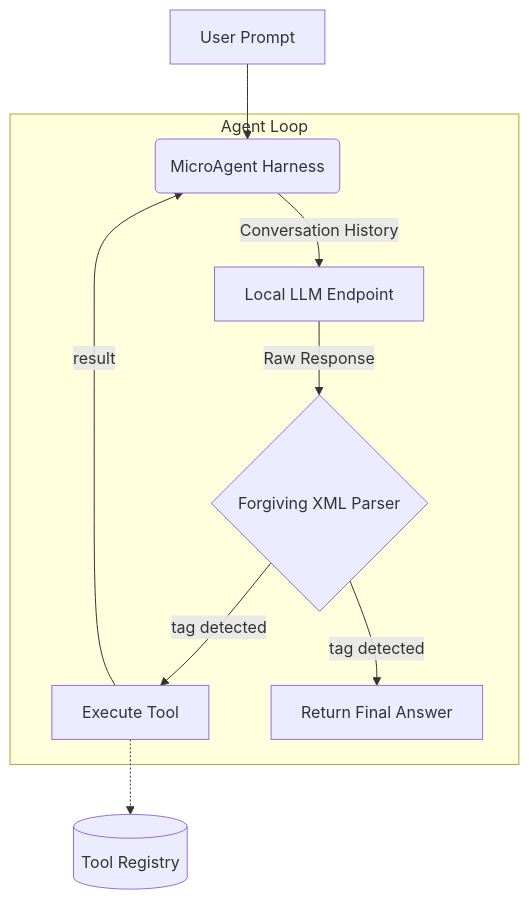
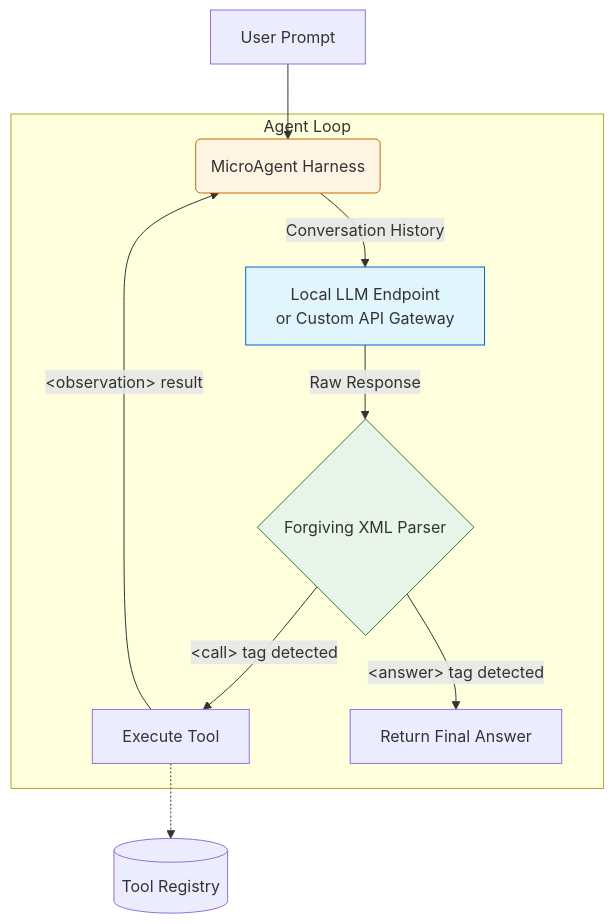
Before and after one commit to zencoder01/tiny-agent: the diagram in README.md, drawn with Mermaid. The commit also changed other lines of this file and 1 other file, not shown here.

Commit message:
update branch

````diff
--- a/README.md
+++ b/README.md
@@ -20,16 +20,20 @@
 ```mermaid
 flowchart TD
     Client[User Prompt] --> Harness(MicroAgent Harness)
     
     subgraph Agent Loop
-        Harness --> |Conversation History| LLM[Local LLM Endpoint]
+        Harness --> |Conversation History| LLM[Local LLM Endpoint<br/>or Custom API Gateway]
         LLM --> |Raw Response| Parser{Forgiving XML Parser}
         
-        Parser -->|<call> tag detected| Execution[Execute Tool]
-        Execution -->|<observation> result| Harness
+        Parser -->|&lt;call&gt; tag detected| Execution[Execute Tool]
+        Execution -->|&lt;observation&gt; result| Harness
         
-        Parser -->|<answer> tag detected| Return[Return Final Answer]
+        Parser -->|&lt;answer&gt; tag detected| Return[Return Final Answer]
     end
     
     Execution -.-> Tools[(Tool Registry)]
+    
+    style LLM fill:#e1f5ff,stroke:#0066cc
+    style Harness fill:#fff4e1,stroke:#cc6600
+    style Parser fill:#e8f5e9,stroke:#2e7d32
 ```
````
